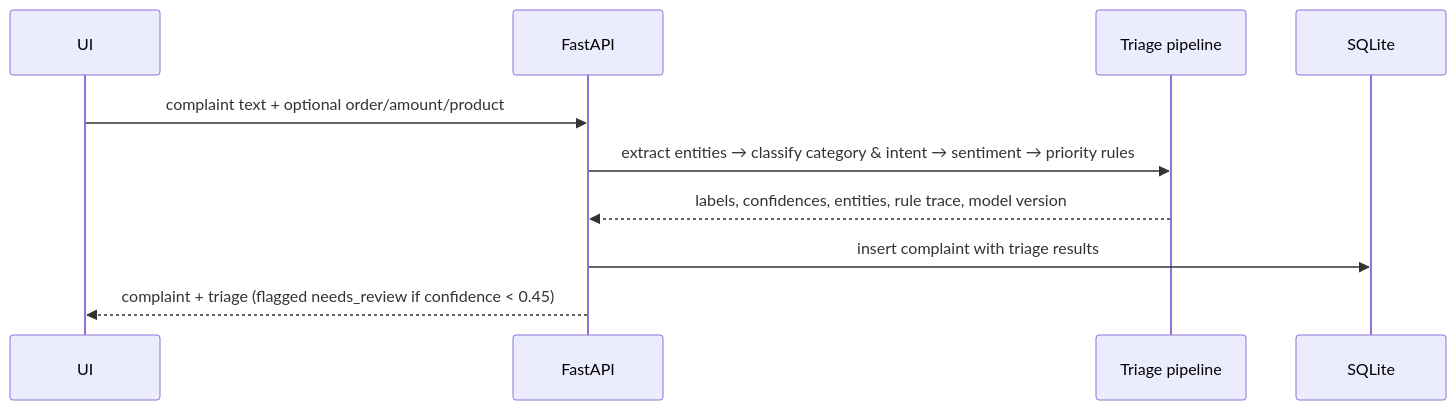
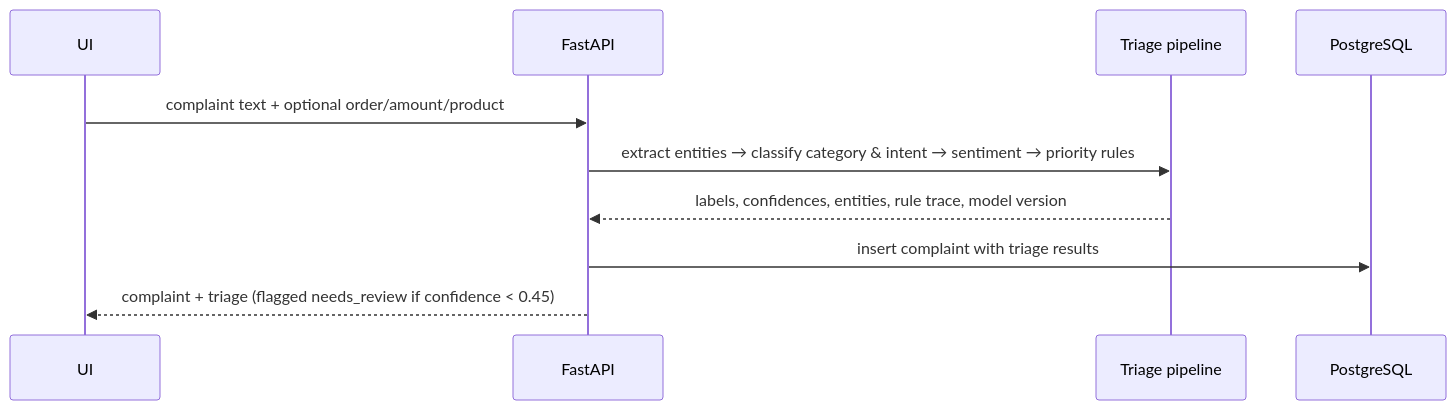
Before and after one commit to trishna0049/complaint-intelligence: the second of 2 diagrams in docs/ARCHITECTURE.md, drawn with Mermaid. The commit also changed other lines of this file and 41 other files, not shown here.

````diff
--- a/docs/ARCHITECTURE.md
+++ b/docs/ARCHITECTURE.md
@@ -24,12 +26,12 @@
 ```mermaid
 sequenceDiagram
     participant UI
     participant API as FastAPI
     participant AI as Triage pipeline
-    participant DB as SQLite
+    participant DB as PostgreSQL
     UI->>API: complaint text + optional order/amount/product
     API->>AI: extract entities → classify category & intent → sentiment → priority rules
     AI-->>API: labels, confidences, entities, rule trace, model version
     API->>DB: insert complaint with triage results
     API-->>UI: complaint + triage (flagged needs_review if confidence < 0.45)
 ```
````
